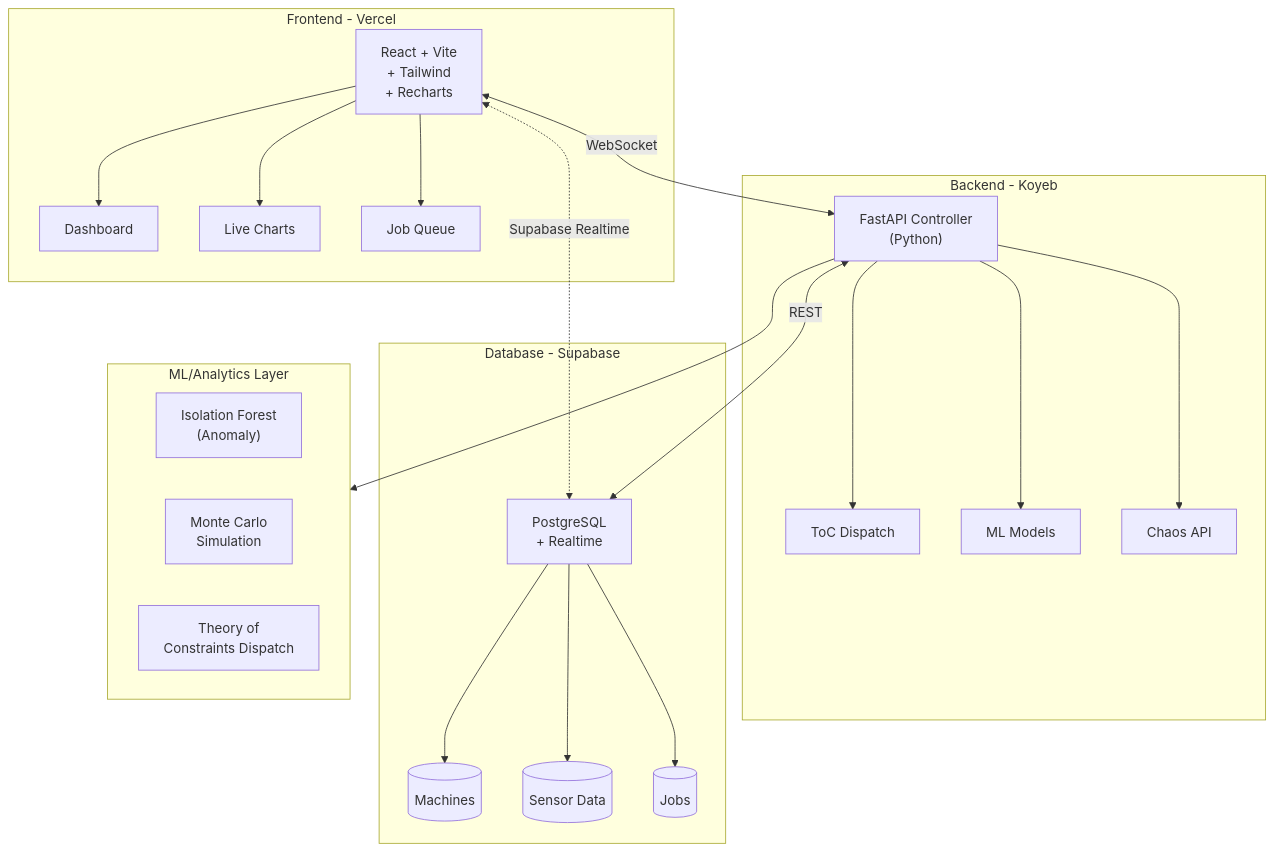
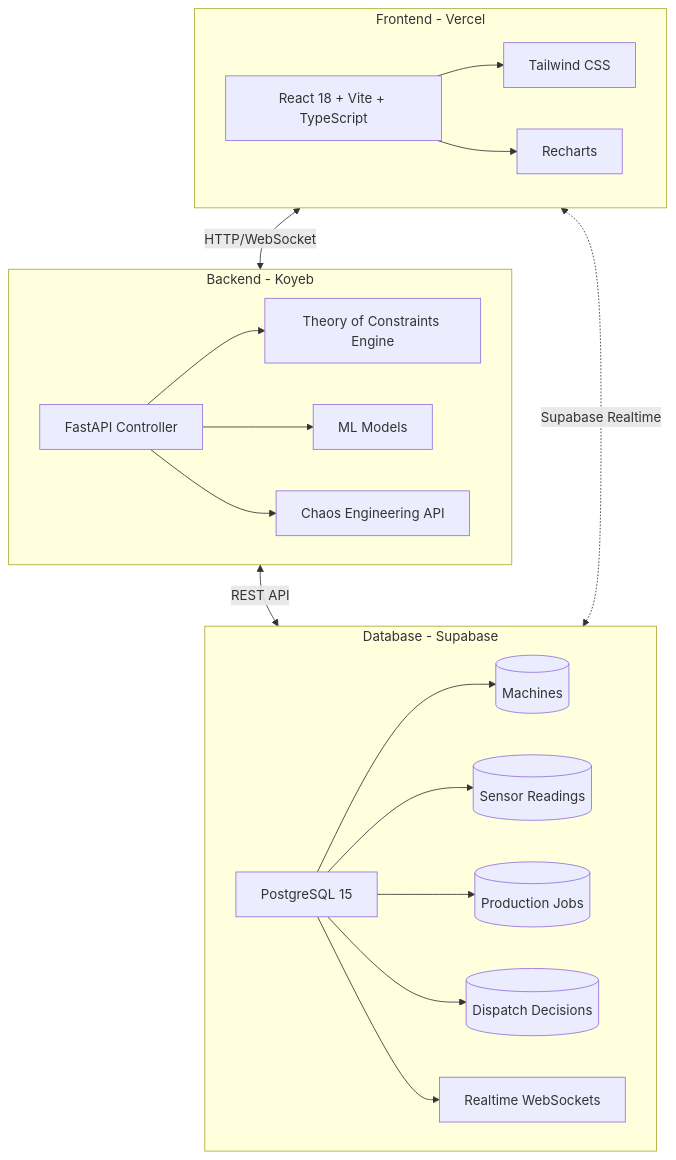
The first of 3 diagrams in Architecture.md (AngelP17/YieldOps), drawn with Mermaid before and after one commit. The commit also changed other lines of this file and 3 other files, not shown here.

First line of the commit message:
docs: Consolidate documentation, remove secrets, add Mermaid diagrams

````diff
--- a/Architecture.md
+++ b/Architecture.md
@@ -31,44 +25,38 @@
 ```mermaid
 flowchart TB
     subgraph Frontend["Frontend - Vercel"]
-        React["React + Vite\n+ Tailwind\n+ Recharts"]
-        Dashboard[Dashboard]
-        LiveCharts[Live Charts]
-        JobQueue[Job Queue]
-        React --> Dashboard
-        React --> LiveCharts
-        React --> JobQueue
+        React["React 18 + Vite + TypeScript"]
+        Tailwind["Tailwind CSS"]
+        Charts["Recharts"]
+        React --> Tailwind
+        React --> Charts
     end
 
     subgraph Backend["Backend - Koyeb"]
-        FastAPI["FastAPI Controller\n(Python)"]
-        ToC[ToC Dispatch]
-        MLModels[ML Models]
-        ChaosAPI[Chaos API]
+        FastAPI["FastAPI Controller"]
+        ToC["Theory of Constraints Engine"]
+        ML["ML Models"]
+        Chaos["Chaos Engineering API"]
         FastAPI --> ToC
-        FastAPI --> MLModels
-        FastAPI --> ChaosAPI
+        FastAPI --> ML
+        FastAPI --> Chaos
     end
 
     subgraph Database["Database - Supabase"]
-        PostgreSQL["PostgreSQL\n+ Realtime"]
+        PostgreSQL["PostgreSQL 15"]
+        Realtime["Realtime WebSockets"]
         Machines[(Machines)]
-        SensorData[(Sensor Data)]
-        Jobs[(Jobs)]
+        SensorData[(Sensor Readings)]
+        Jobs[(Production Jobs)]
+        Decisions[(Dispatch Decisions)]
         PostgreSQL --> Machines
         PostgreSQL --> SensorData
         PostgreSQL --> Jobs
+        PostgreSQL --> Decisions
+        PostgreSQL --> Realtime
     end
 
-    subgraph MLLayer["ML/Analytics Layer"]
-        IsolationForest["Isolation Forest\n(Anomaly)"]
-        MonteCarlo["Monte Carlo\nSimulation"]
-        ToCDispatch["Theory of\nConstraints Dispatch"]
-    end
-
-    React <-->|WebSocket| FastAPI
-    FastAPI <-->|REST| PostgreSQL
-    React <-.->|Supabase Realtime| PostgreSQL
-    
-    FastAPI --> MLLayer
+    Frontend <-->|HTTP/WebSocket| Backend
+    Backend <-->|REST API| Database
+    Frontend <-.->|Supabase Realtime| Database
 ```
````
